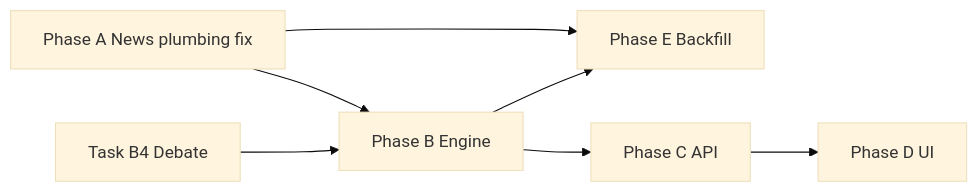
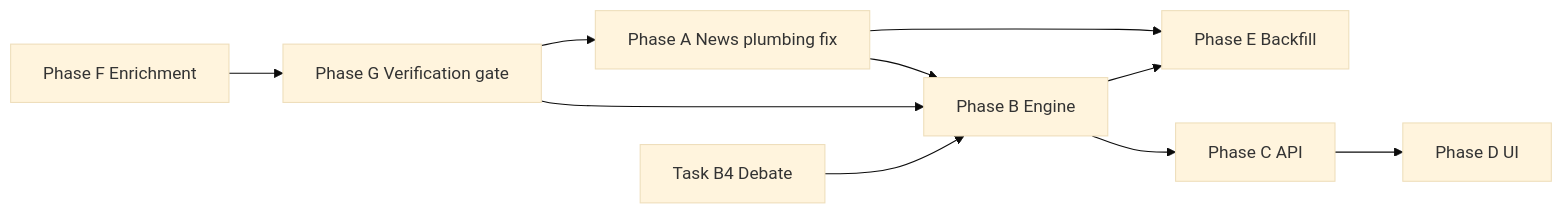
Before and after one commit to p1927/trade: the diagram in docs/superpowers/plans/2026-07-16-prediction-news-impact-panel.md, drawn with Mermaid (base theme). The commit also changed 7 other files, not shown here.

````diff
--- a/docs/superpowers/plans/2026-07-16-prediction-news-impact-panel.md
+++ b/docs/superpowers/plans/2026-07-16-prediction-news-impact-panel.md
@@ -412,9 +412,12 @@
 ```mermaid
 flowchart LR
-  A[Phase A News plumbing fix] --> B[Phase B Engine]
+  F[Phase F Enrichment] --> G[Phase G Verification gate]
+  G --> A[Phase A News plumbing fix]
+  A --> B[Phase B Engine]
+  G --> B
   A --> E[Phase E Backfill]
   B --> C[Phase C API]
   C --> D[Phase D UI]
   B4[Task B4 Debate] --> B
   B --> E
 ```
````
